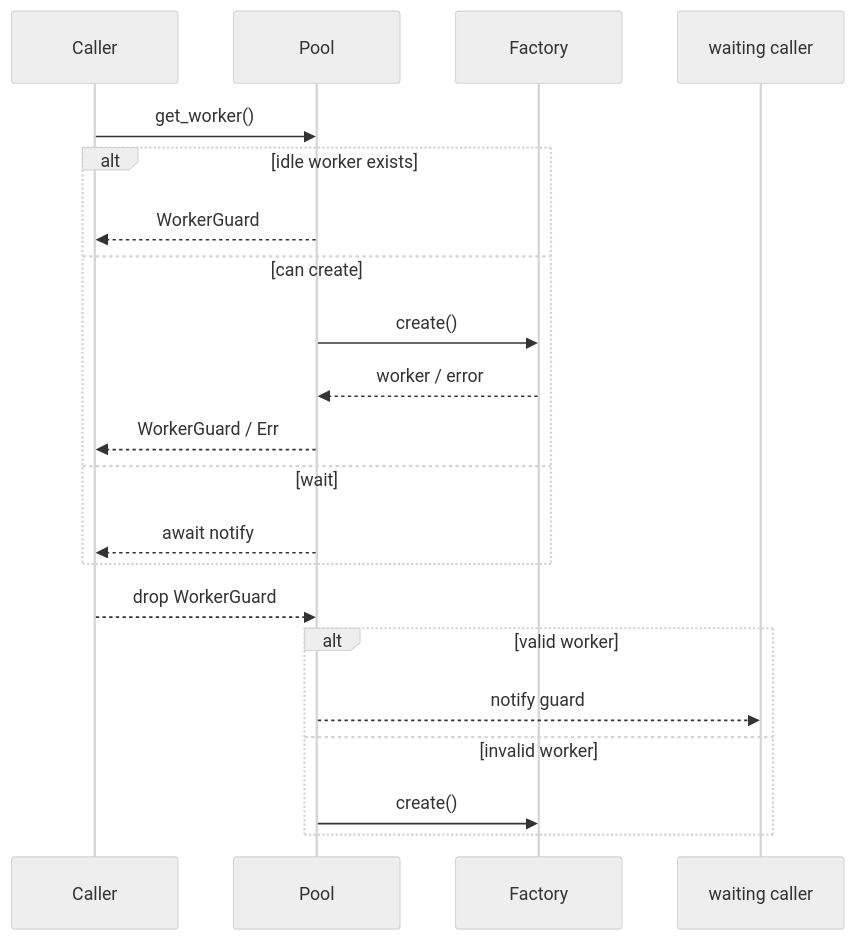
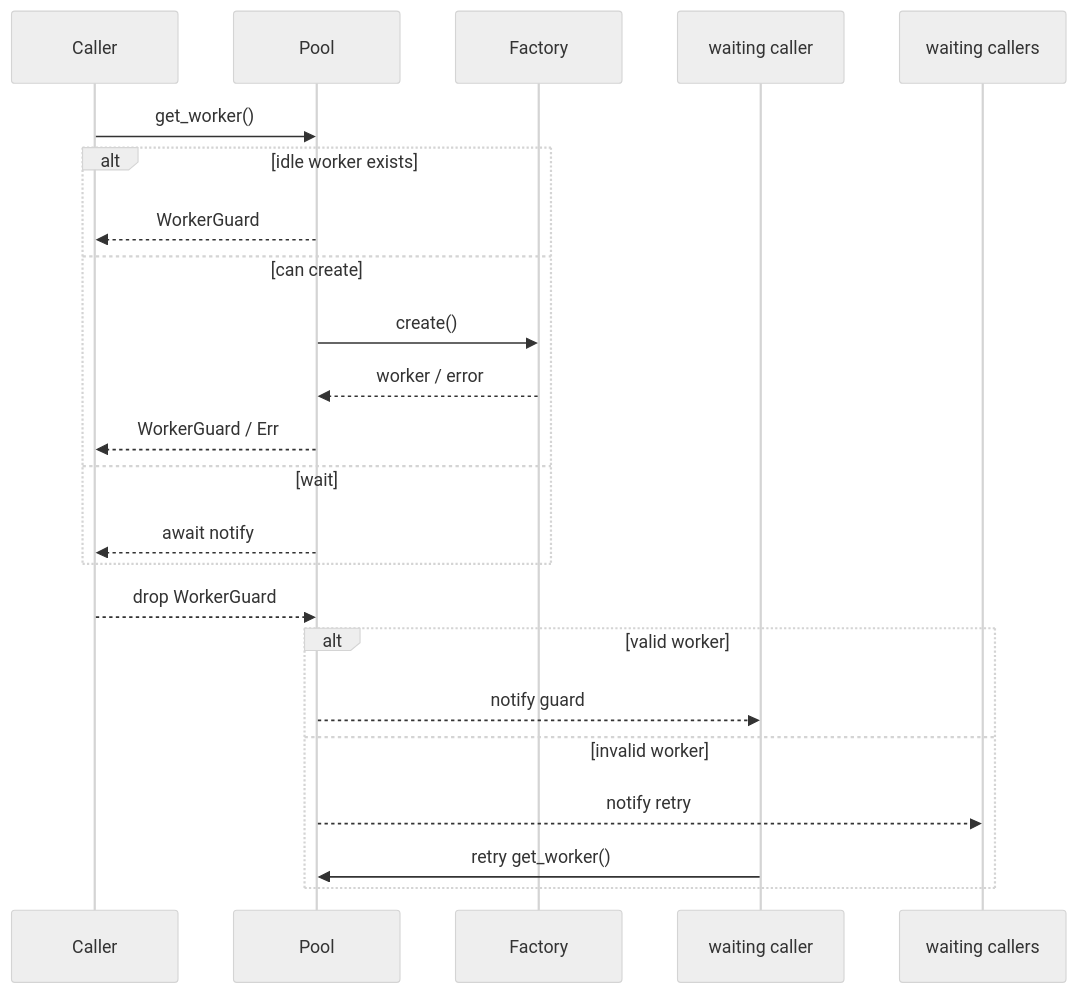
Before and after one commit to wugren/sfo-pool: the first of 2 diagrams in doc/design.md, drawn with Mermaid (neutral theme). The commit also changed other lines of this file and 4 other files, not shown here.

Commit message:
Add idle timeout and cleanup functionality to worker pool

````diff
--- a/doc/design.md
+++ b/doc/design.md
@@ -221,24 +244,25 @@
 ```mermaid
 sequenceDiagram
     participant Caller
     participant Pool
     participant Factory
 
     Caller->>Pool: get_worker()
     alt idle worker exists
         Pool-->>Caller: WorkerGuard
     else can create
         Pool->>Factory: create()
         Factory-->>Pool: worker / error
         Pool-->>Caller: WorkerGuard / Err
     else wait
         Pool-->>Caller: await notify
     end
 
     Caller-->>Pool: drop WorkerGuard
     alt valid worker
         Pool-->>waiting caller: notify guard
     else invalid worker
-        Pool->>Factory: create()
+        Pool-->>waiting callers: notify retry
+        waiting caller->>Pool: retry get_worker()
     end
 ```
````
